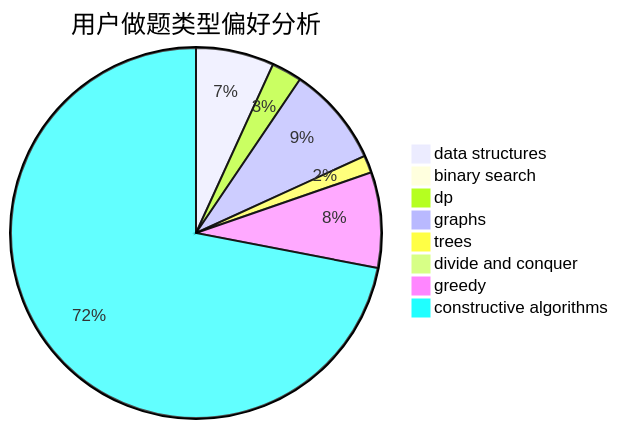
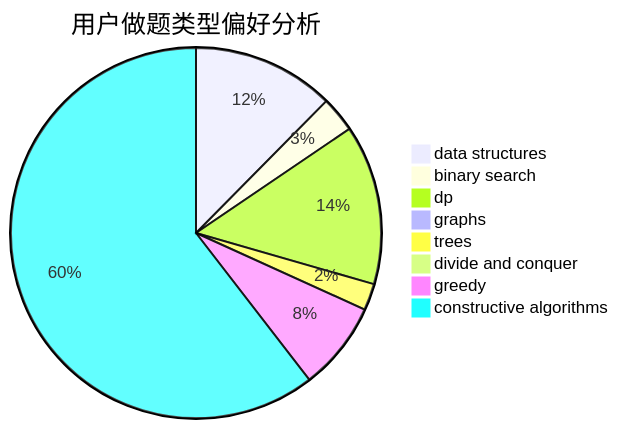
The second of 3 diagrams in docs/user/u2525.md (sherpahu/cfrs.github.io), drawn with Mermaid before and after one commit. The commit also changed other lines of this file and 2770 other files, not shown here.

````diff
--- a/docs/user/u2525.md
+++ b/docs/user/u2525.md
@@ -23,11 +23,11 @@
 ```mermaid
 pie title 用户做题类型偏好分析
-    "data structures" :  18
-    "binary search" :  0
-    "dp" :  7
-    "graphs" :  23
-    "trees" :  4
+    "data structures" :  16
+    "binary search" :  4
+    "dp" :  18
+    "graphs" :  0
+    "trees" :  3
     "divide and conquer" :  0
-    "greedy" :  22
-    "constructive algorithms" :  190
+    "greedy" :  10
+    "constructive algorithms" :  78
 ```
````
